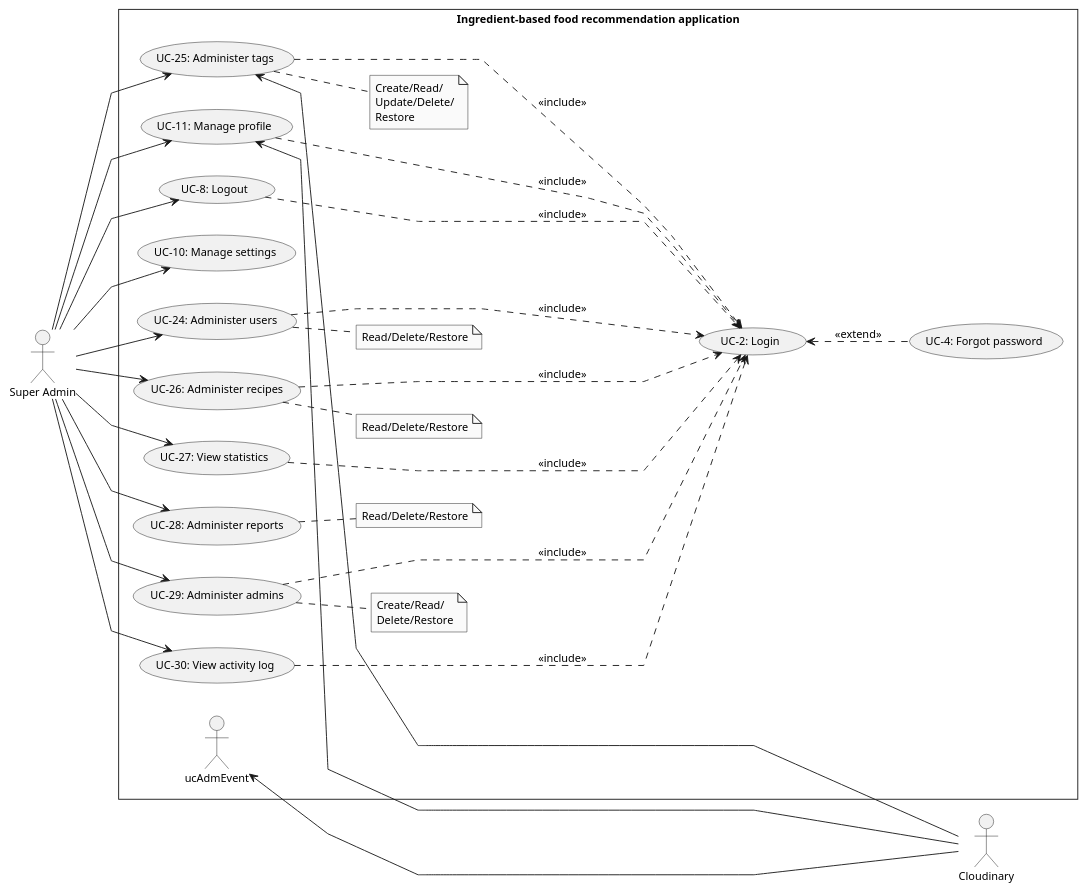
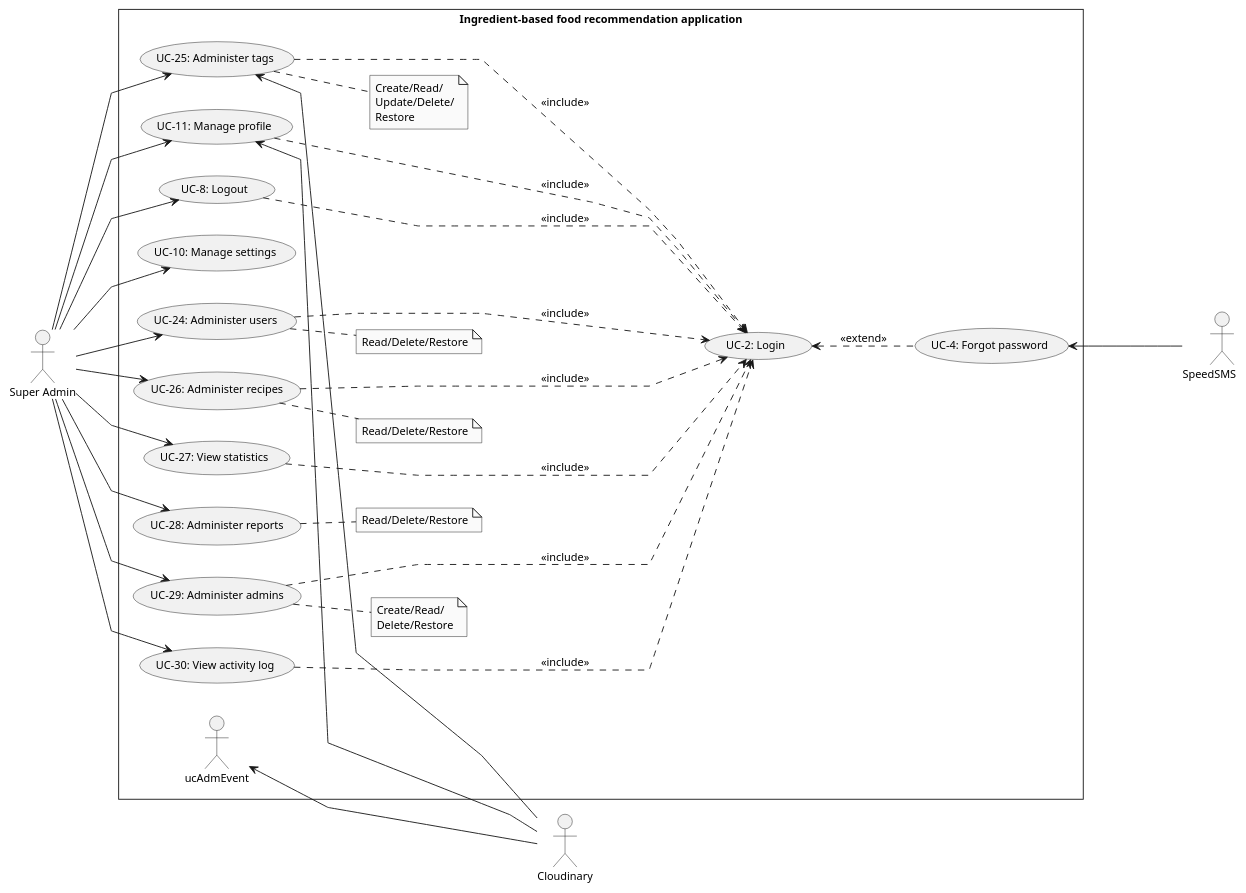
Before and after one commit to Carl-Johnsons/tastopia: the diagram in doc/SRS/Usecase/SuperAdminUsecase/SuperAdminUsecase.plantuml, drawn with PlantUML. The commit also changed 2 other files, not shown here.

```diff
--- a/doc/SRS/Usecase/SuperAdminUsecase/SuperAdminUsecase.plantuml
+++ b/doc/SRS/Usecase/SuperAdminUsecase/SuperAdminUsecase.plantuml
@@ -1,63 +1,65 @@
 @startuml SuperAdminUsecase
 skinparam style strictuml
 skinparam monochrome true
 skinparam linetype polyline
 skinparam defaultFontSize 12
 left to right direction
 actor "Super Admin" as admin
 actor "Cloudinary" as cl
+actor "SpeedSMS         " as sms
 
 rectangle Ingredient-based<U+0020>food<U+0020>recommendation<U+0020>application {
     usecase "UC-2: Login" as ucLogin
     usecase "UC-4: Forgot password" as ucForgotPassword
     usecase "UC-8: Logout" as ucLogout
     usecase "UC-11: Manage profile" as ucManageProfile
     usecase "UC-10: Manage settings" as ucManageSetting
 
     usecase "UC-24: Administer users" as ucAdmUser
     usecase "UC-25: Administer tags" as ucAdmTags
     usecase "UC-26: Administer recipes" as ucAdmRecipe
     usecase "UC-27: View statistics" as ucViewStatistic
     usecase "UC-28: Administer reports" as ucAdmReport
     usecase "UC-29: Administer admins" as ucAdmAdmin
     usecase "UC-30: View activity log" as ucViewActivityLog
 
     note "Read/Delete/Restore" as noteAdmUser
     note "Read/Delete/Restore" as noteAdmRecipe
     note "Create/Read/\nUpdate/Delete/\nRestore" as noteAdmTag
     note "Create/Read/\nDelete/Restore" as noteAdmAdmin
     note "Read/Delete/Restore" as noteAdmReport
 
     admin --> ucAdmUser
         ucAdmUser .. noteAdmUser
     admin --> ucAdmRecipe
         ucAdmRecipe .. noteAdmRecipe
     admin --> ucAdmReport
         ucAdmReport .. noteAdmReport
     admin --> ucAdmTags
         ucAdmTags .. noteAdmTag
     admin --> ucViewStatistic
     admin --> ucViewActivityLog
     admin --> ucManageProfile
     admin --> ucManageSetting
     admin --> ucLogout
     admin --> ucAdmAdmin
         ucAdmAdmin .. noteAdmAdmin
 
     ucLogout .....> ucLogin : <<include>>
     ucViewStatistic .....> ucLogin : <<include>>
     ucAdmUser .....> ucLogin : <<include>>
     ucAdmRecipe .....> ucLogin : <<include>>
     ucAdmTags .....> ucLogin : <<include>>
     ucManageProfile .....> ucLogin : <<include>>
     ucViewActivityLog .....> ucLogin : <<include>>
     ucAdmAdmin .....> ucLogin : <<include>>
 
     ucLogin <.. ucForgotPassword : <<extend>>
 
-    cl --up---> ucManageProfile
-    cl --up----> ucAdmEvent
-    cl --up---> ucAdmTags
+    cl --up-> ucManageProfile
+    cl --up-> ucAdmEvent
+    cl --up-> ucAdmTags
+    sms --up-> ucForgotPassword
 }
 
 @enduml
```
